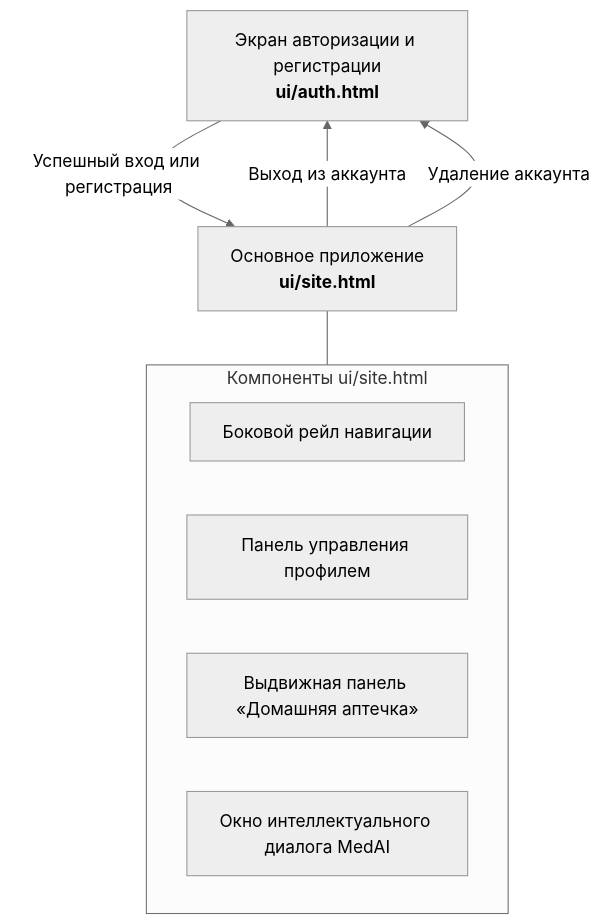
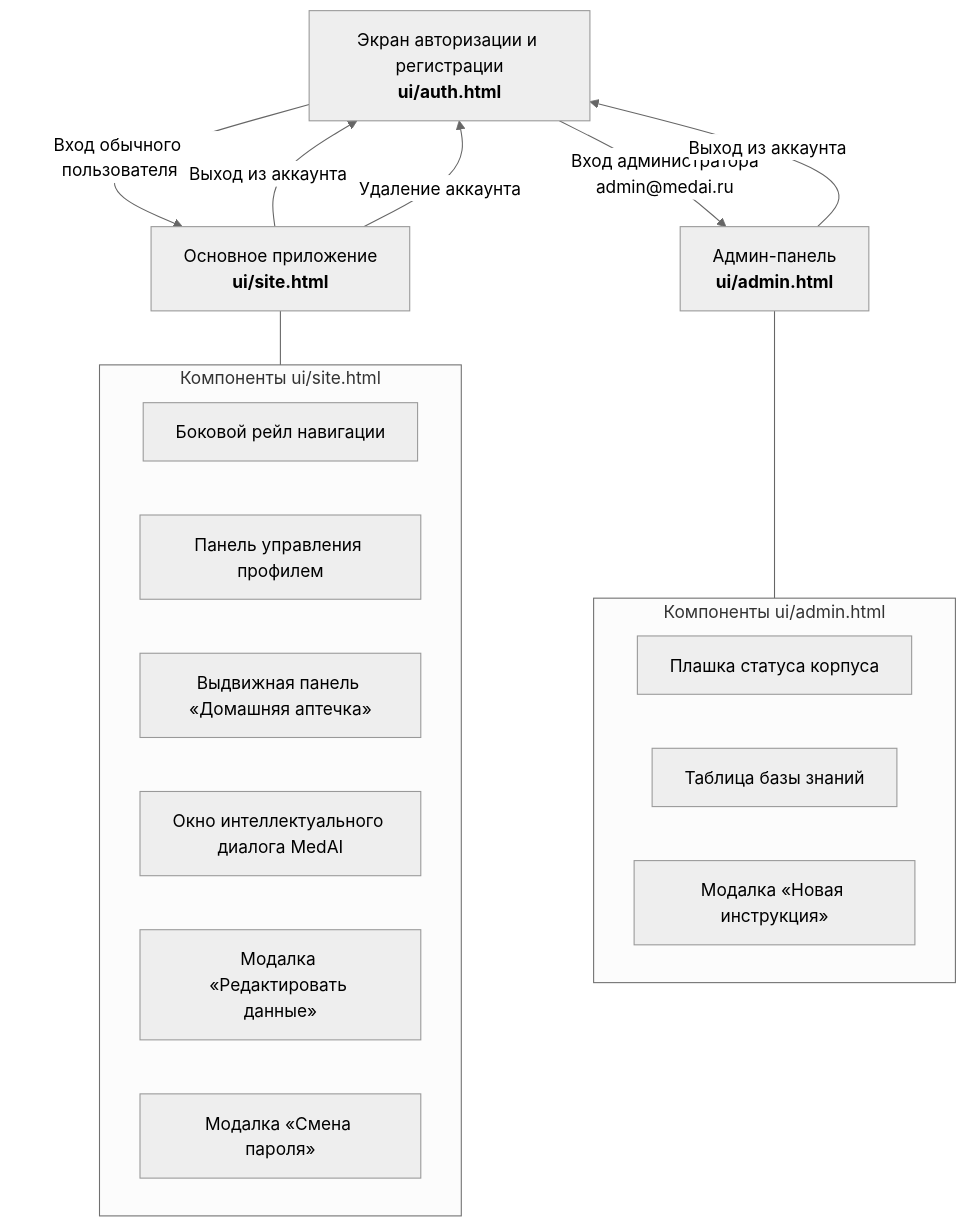
The diagram in project/spec/product/ui_spec.md (JavyBinary/smart-first-aid-kit), drawn with Mermaid (neutral theme) before and after one commit. The commit also changed other lines of this file and 4 other files, not shown here.

````diff
--- a/project/spec/product/ui_spec.md
+++ b/project/spec/product/ui_spec.md
@@ -9,15 +9,26 @@
 ```mermaid
 flowchart TD
-    Auth["Экран авторизации и регистрации<br/><b>ui/auth.html</b>"] -->|Успешный вход или регистрация| Site["Основное приложение<br/><b>ui/site.html</b>"]
+    Auth["Экран авторизации и регистрации<br/><b>ui/auth.html</b>"] -->|Вход обычного пользователя| Site["Основное приложение<br/><b>ui/site.html</b>"]
+    Auth -->|Вход администратора<br/>admin@medai.ru| Admin["Админ-панель<br/><b>ui/admin.html</b>"]
     Site -->|Выход из аккаунта| Auth
     Site -->|Удаление аккаунта| Auth
-    
+    Admin -->|Выход из аккаунта| Auth
+
     subgraph SiteLayout["Компоненты ui/site.html"]
         Rail["Боковой рейл навигации"]
         Profile["Панель управления профилем"]
         Sidebar["Выдвижная панель «Домашняя аптечка»"]
         Chat["Окно интеллектуального диалога MedAI"]
+        EditModal["Модалка «Редактировать данные»"]
+        PassModal["Модалка «Смена пароля»"]
     end
-    
+
+    subgraph AdminLayout["Компоненты ui/admin.html"]
+        StatBar["Плашка статуса корпуса"]
+        CorpusTable["Таблица базы знаний"]
+        AddModal["Модалка «Новая инструкция»"]
+    end
+
     Site --- SiteLayout
+    Admin --- AdminLayout
 ```
````
